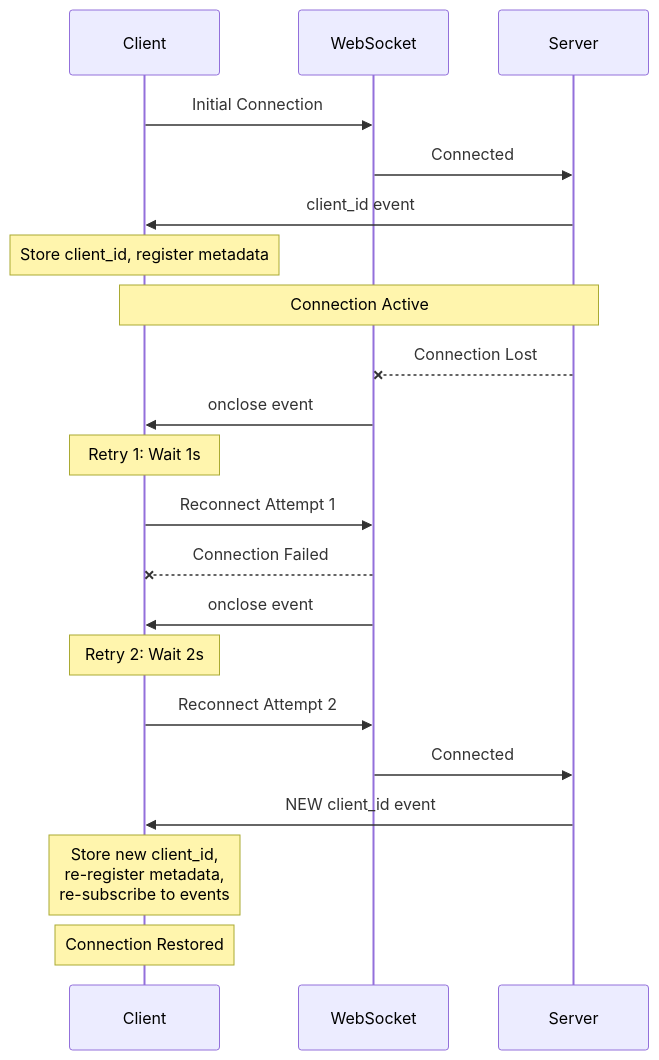
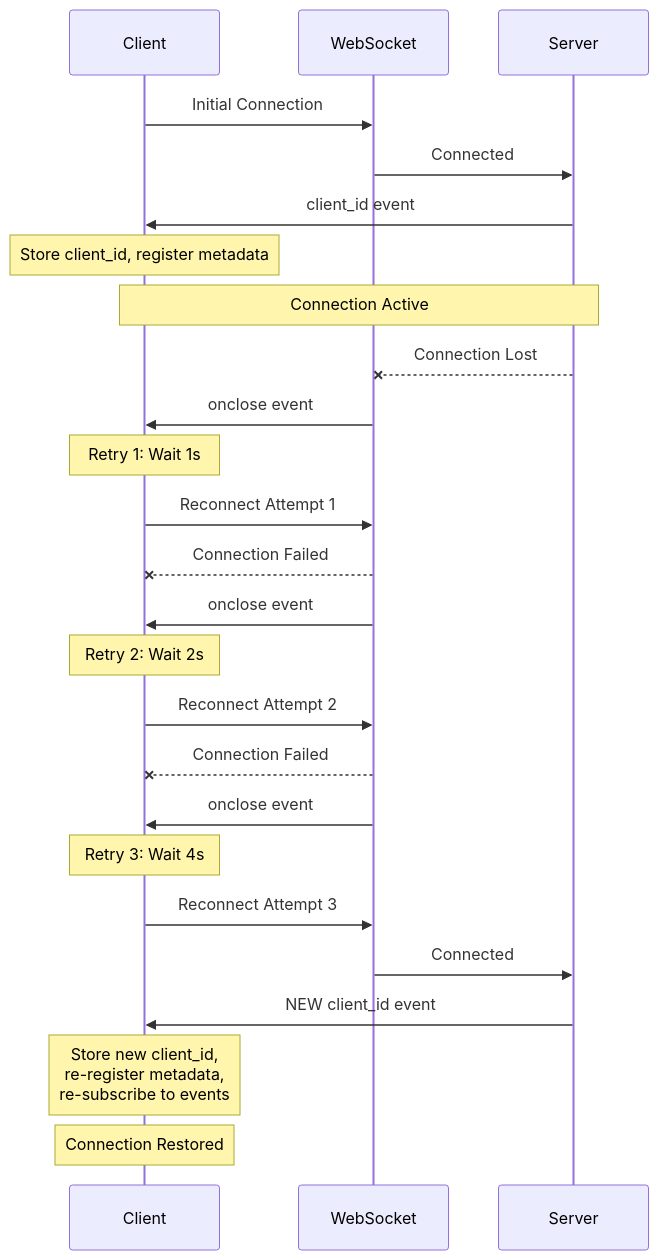
One commit to LedFx/LedFx changed the eighth of 8 diagrams in docs/developer/websocket_client_examples.md. Above: the diagram before and after it, drawn with Mermaid. The commit also changed other lines of this file, not shown here.

````diff
--- a/docs/developer/websocket_client_examples.md
+++ b/docs/developer/websocket_client_examples.md
@@ -886,28 +940,33 @@
 ```{mermaid}
 sequenceDiagram
     participant Client
     participant WebSocket
     participant Server
 
     Client->>WebSocket: Initial Connection
     WebSocket->>Server: Connected
     Server->>Client: client_id event
     Note over Client: Store client_id, register metadata
 
     Note over Client,Server: Connection Active
 
     Server--xWebSocket: Connection Lost
     WebSocket->>Client: onclose event
     Note over Client: Retry 1: Wait 1s
 
     Client->>WebSocket: Reconnect Attempt 1
     WebSocket--xClient: Connection Failed
     WebSocket->>Client: onclose event
     Note over Client: Retry 2: Wait 2s
 
     Client->>WebSocket: Reconnect Attempt 2
+    WebSocket--xClient: Connection Failed
+    WebSocket->>Client: onclose event
+    Note over Client: Retry 3: Wait 4s
+
+    Client->>WebSocket: Reconnect Attempt 3
     WebSocket->>Server: Connected
     Server->>Client: NEW client_id event
     Note over Client: Store new client_id,<br/>re-register metadata,<br/>re-subscribe to events
     Note over Client: Connection Restored
 ```
````
